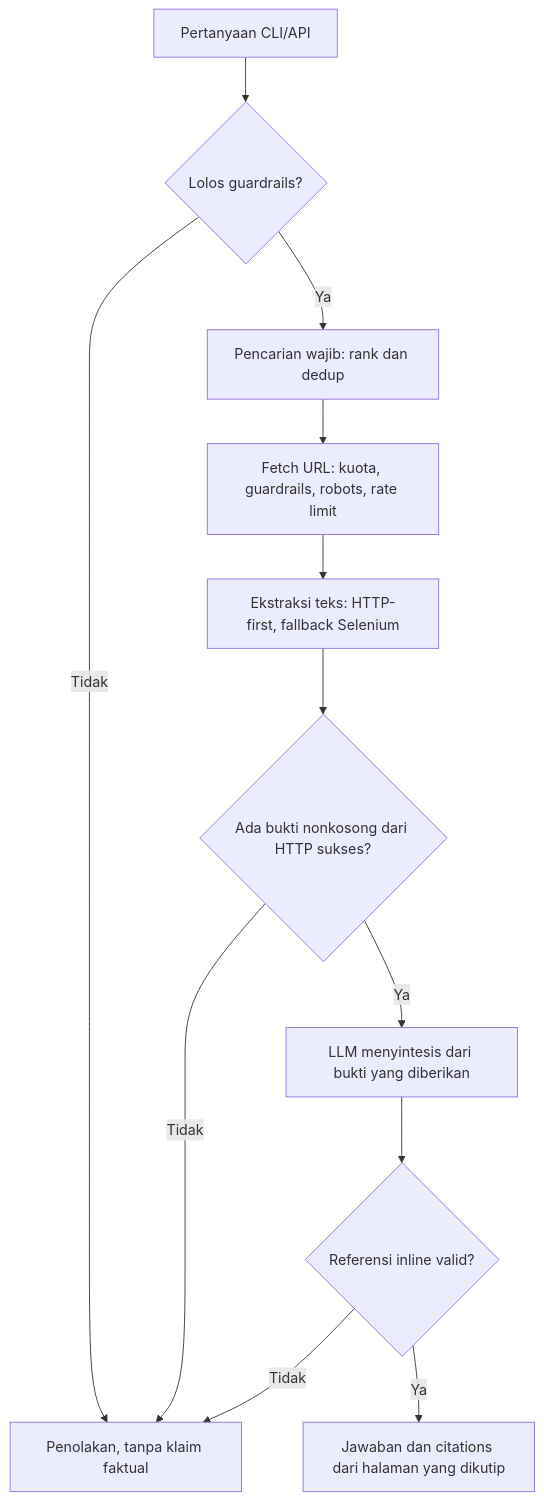
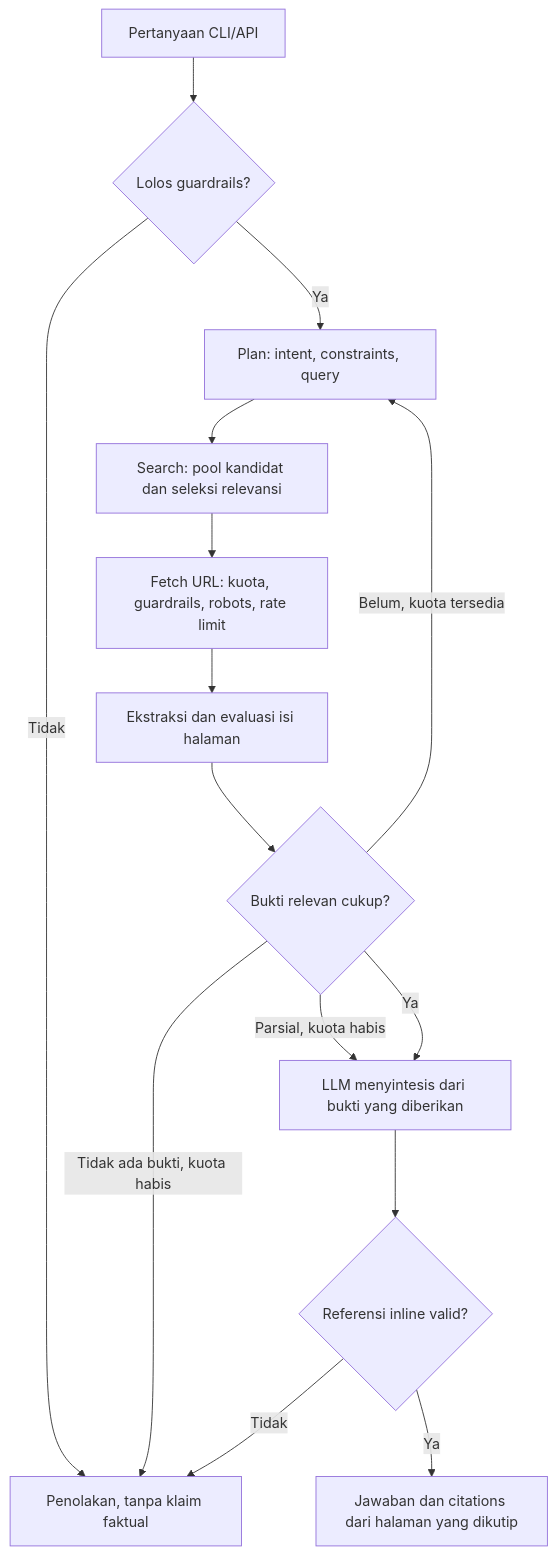
Before and after one commit to GigasTaufan/browsing_agent: the diagram in README.md, drawn with Mermaid. The commit also changed other lines of this file and 12 other files, not shown here.

````diff
--- a/README.md
+++ b/README.md
@@ -49,14 +51,17 @@
 ```mermaid
 flowchart TD
     A["Pertanyaan CLI/API"] --> B{"Lolos guardrails?"}
     B -->|Tidak| R["Penolakan, tanpa klaim faktual"]
-    B -->|Ya| S["Pencarian wajib: rank dan dedup"]
+    B -->|Ya| P["Plan: intent, constraints, query"]
+    P --> S["Search: pool kandidat dan seleksi relevansi"]
     S --> F["Fetch URL: kuota, guardrails, robots, rate limit"]
-    F --> E["Ekstraksi teks: HTTP-first, fallback Selenium"]
-    E --> V{"Ada bukti nonkosong dari HTTP sukses?"}
-    V -->|Tidak| R
+    F --> E["Ekstraksi dan evaluasi isi halaman"]
+    E --> V{"Bukti relevan cukup?"}
+    V -->|Belum, kuota tersedia| P
+    V -->|Tidak ada bukti, kuota habis| R
+    V -->|Parsial, kuota habis| L
     V -->|Ya| L["LLM menyintesis dari bukti yang diberikan"]
     L --> C{"Referensi inline valid?"}
     C -->|Tidak| R
     C -->|Ya| O["Jawaban dan citations dari halaman yang dikutip"]
 ```
````
